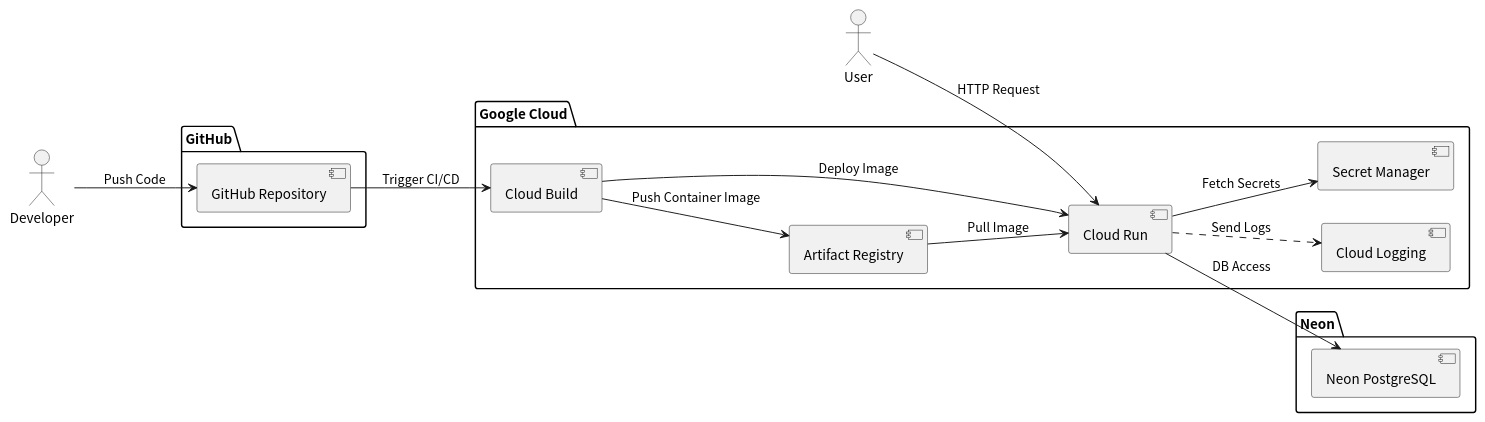
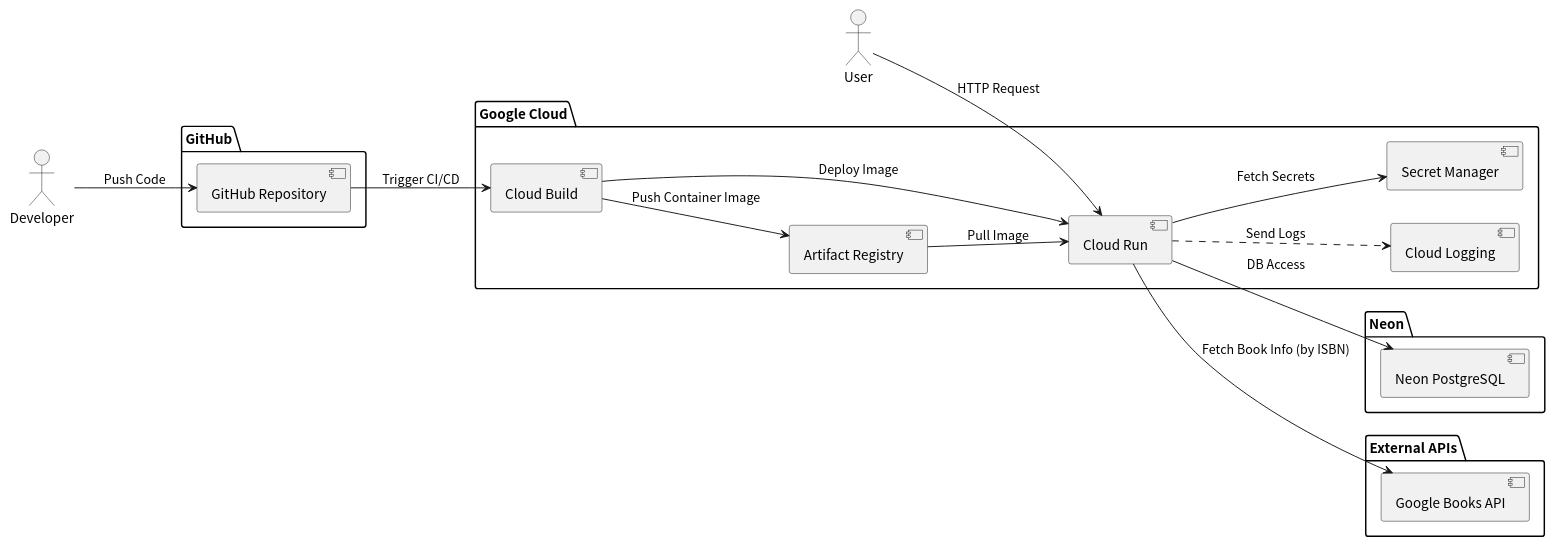
Before and after one commit to tomoki-shiozaki/distributed-library: the diagram in docs/system_architecture/system_architecture.pu, drawn with PlantUML. The commit also changed 2 other files, not shown here.

Commit message:
docs(system architecture): add Google Books API to system architecture

```diff
--- a/docs/system_architecture/system_architecture.pu
+++ b/docs/system_architecture/system_architecture.pu
@@ -1,41 +1,48 @@
 @startuml system_architecture
 skinparam defaultFontName "Noto Sans CJK JP"
 left to right direction
 
 
 actor User
 actor Developer
 
 package "GitHub" {
   component "GitHub Repository" as GitHubRepo
 }
 
 package "Google Cloud" {
   component "Cloud Build" as CloudBuild
   component "Artifact Registry" as ArtifactRegistry
   component "Cloud Run" as CloudRun
   component "Cloud Logging" as Logging
   component "Secret Manager" as SecretManager
 }
 
 package "Neon" {
   component "Neon PostgreSQL" as NeonPostgreSQL
 }
 
+package "External APIs" {
+  component "Google Books API" as GoogleBooksAPI
+}
+
 ' 開発からデプロイ
 Developer --> GitHubRepo : Push Code
 GitHubRepo --> CloudBuild : Trigger CI/CD
 CloudBuild --> ArtifactRegistry : Push Container Image
 CloudBuild --> CloudRun : Deploy Image
 ArtifactRegistry --> CloudRun : Pull Image
 
 ' シークレット管理
 CloudRun --> SecretManager : Fetch Secrets
 
 
 ' アプリ実行
 User --> CloudRun : HTTP Request
 CloudRun --> NeonPostgreSQL : DB Access
 CloudRun ..> Logging : Send Logs
 
+' 本の情報取得
+CloudRun --> GoogleBooksAPI : Fetch Book Info (by ISBN)
+
 @enduml
```
